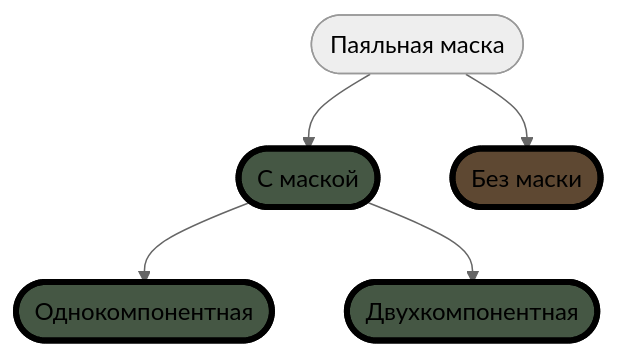
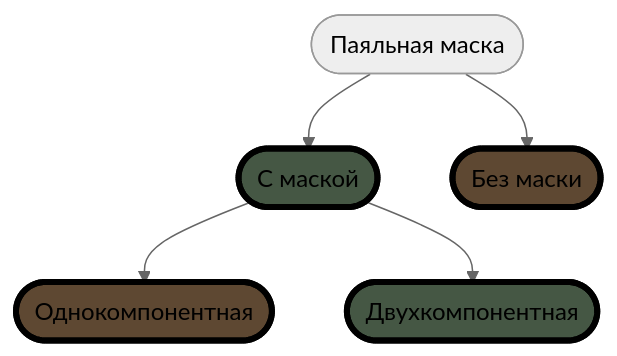
The eighth of 8 diagrams in README.md (ufrs12/OLTA-RU), drawn with Mermaid (neutral theme) before and after one commit.

````diff
--- a/README.md
+++ b/README.md
@@ -163,20 +163,20 @@
 ```mermaid
 graph TD;
 classDef class1 fill:#544457, stroke:#000, stroke-width:4px
 classDef class2 fill:#32465e, stroke:#000, stroke-width:4px
 classDef class3 fill:#455744, stroke:#000, stroke-width:4px
 classDef class4 fill:#5e4832, stroke:#000, stroke-width:4px
 classDef class5 fill:#5e3332, stroke:#000, stroke-width:4px
 
     Z([Паяльная маска])
     A([С маской]):::class3
     B([Без маски]):::class4
-    C([Однокомпонентная]):::class3
+    C([Однокомпонентная]):::class4
     D([Двухкомпонентная]):::class3
     
     Z-->A;
     Z-->B;
 
     A-->C;
     A-->D;
 ```
````
